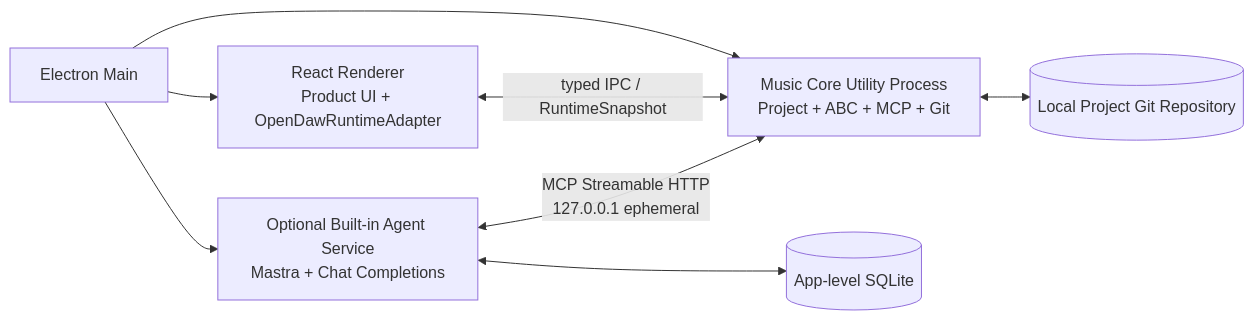
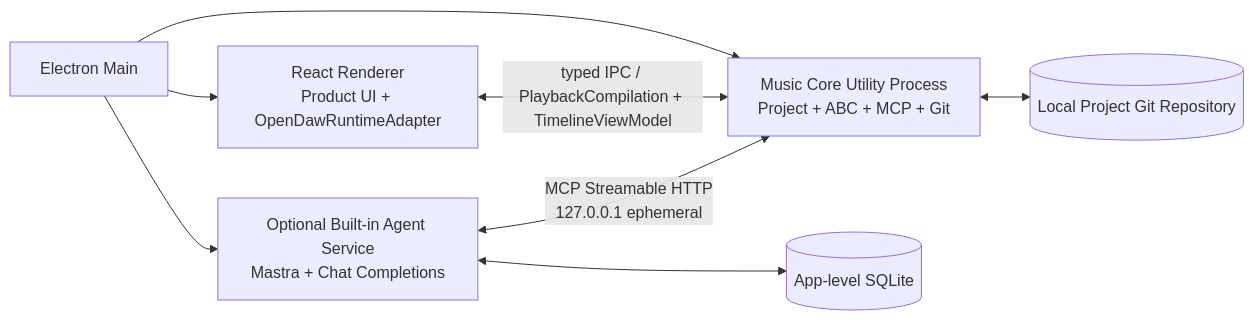
Before and after one commit to 10000-C/Music-Harness: the diagram in docs/architecture/Agent Music Workstation System Architecture.md, drawn with Mermaid. The commit also changed other lines of this file and 14 other files, not shown here.

````diff
--- a/docs/architecture/Agent Music Workstation System Architecture.md
+++ b/docs/architecture/Agent Music Workstation System Architecture.md
@@ -128,17 +129,17 @@
 ```mermaid
 flowchart LR
     MAIN[Electron Main]
     RENDERER[React Renderer<br/>Product UI + OpenDawRuntimeAdapter]
     CORE[Music Core Utility Process\nProject + ABC + MCP + Git]
     AGENT[Optional Built-in Agent Service\nMastra + Chat Completions]
     DB[(App-level SQLite)]
     FS[(Local Project Git Repository)]
 
     MAIN --> RENDERER
     MAIN --> CORE
     MAIN --> AGENT
-    RENDERER <-->|typed IPC / RuntimeSnapshot| CORE
+    RENDERER <-->|typed IPC / PlaybackCompilation + TimelineViewModel| CORE
     AGENT <-->|MCP Streamable HTTP\n127.0.0.1 ephemeral| CORE
     AGENT <--> DB
     CORE <--> FS
 ```
````
